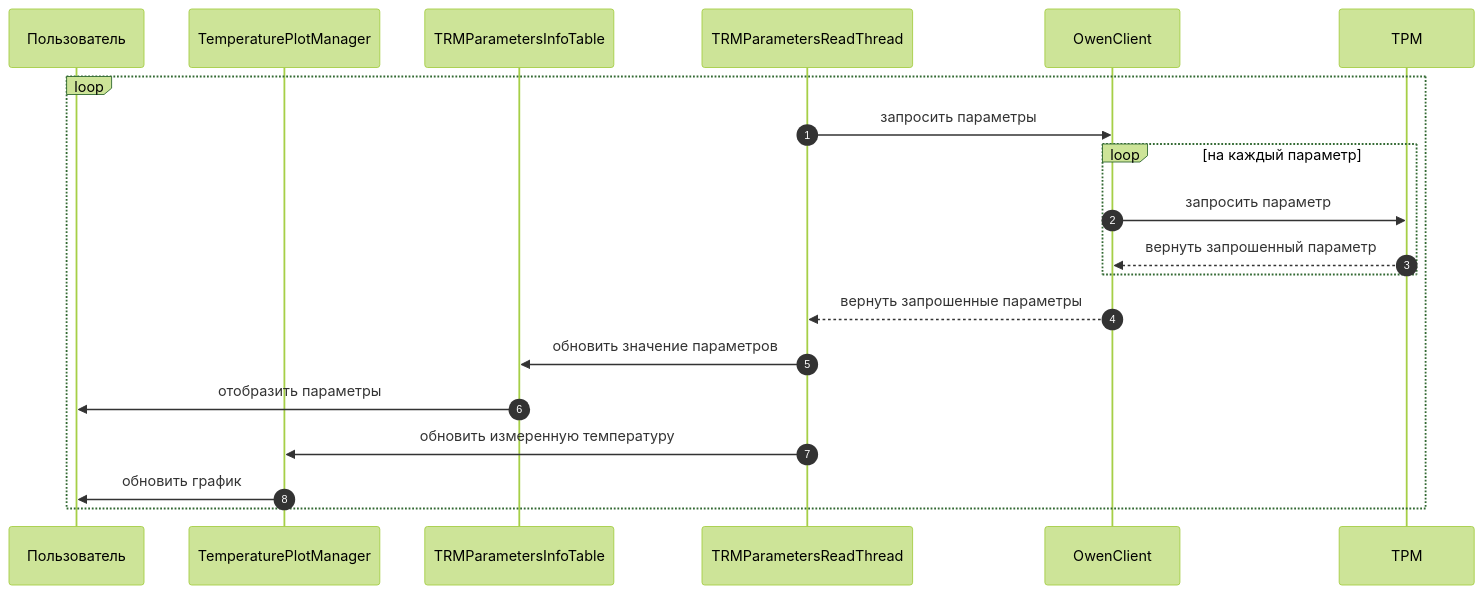
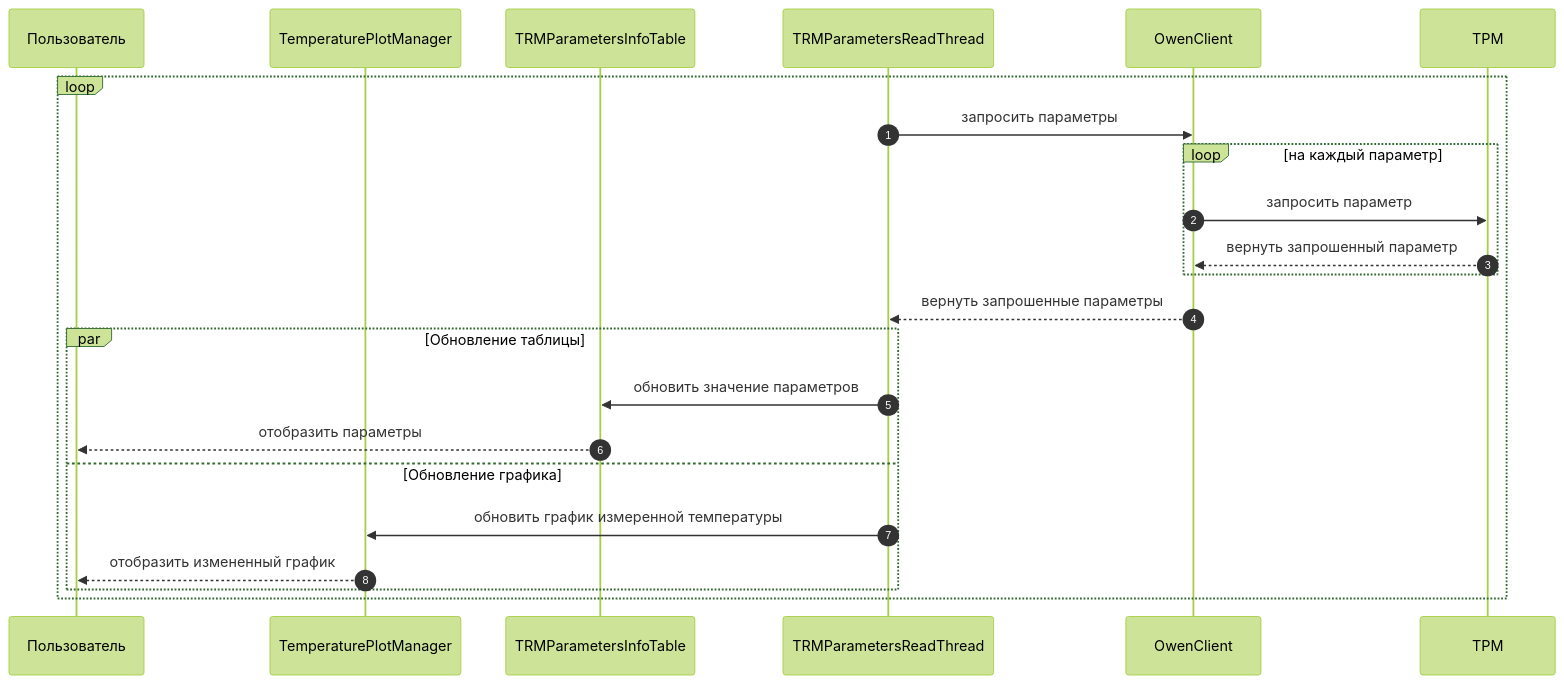
Before and after one commit to Marik28/dissertation: the second of 3 diagrams in data/diagrams/диаграммы последовательностей.md, drawn with Mermaid (forest theme). The commit also changed 1 other file, not shown here.

Commit message:
update diagram

````diff
--- a/data/diagrams/диаграммы последовательностей.md
+++ b/data/diagrams/диаграммы последовательностей.md
@@ -35,23 +35,26 @@
 ```mermaid
 sequenceDiagram
     autonumber
     participant Пользователь
     participant TemperaturePlotManager
     participant TRMParametersInfoTable
     participant TRMParametersReadThread
     participant OwenClient
     participant ТРМ
 
     loop
         TRMParametersReadThread ->> OwenClient : запросить параметры
-    loop на каждый параметр
-        OwenClient ->> ТРМ : запросить параметр
-        ТРМ -->> OwenClient : вернуть запрошенный параметр
-    end
-    OwenClient -->> TRMParametersReadThread : вернуть запрошенные параметры
-    TRMParametersReadThread ->> TRMParametersInfoTable : обновить значение параметров
-    TRMParametersInfoTable ->> Пользователь : отобразить параметры
-    TRMParametersReadThread ->> TemperaturePlotManager : обновить измеренную температуру  
-    TemperaturePlotManager ->> Пользователь : обновить график
+        loop на каждый параметр
+            OwenClient ->> ТРМ : запросить параметр
+            ТРМ -->> OwenClient : вернуть запрошенный параметр
+        end
+        OwenClient -->> TRMParametersReadThread : вернуть запрошенные параметры
+        par Обновление таблицы    
+            TRMParametersReadThread ->> TRMParametersInfoTable : обновить значение параметров
+            TRMParametersInfoTable -->> Пользователь : отобразить параметры
+        and Обновление графика
+            TRMParametersReadThread ->> TemperaturePlotManager : обновить график измеренной температуры  
+            TemperaturePlotManager -->> Пользователь : отобразить измененный график
+        end
     end
 ```
````
